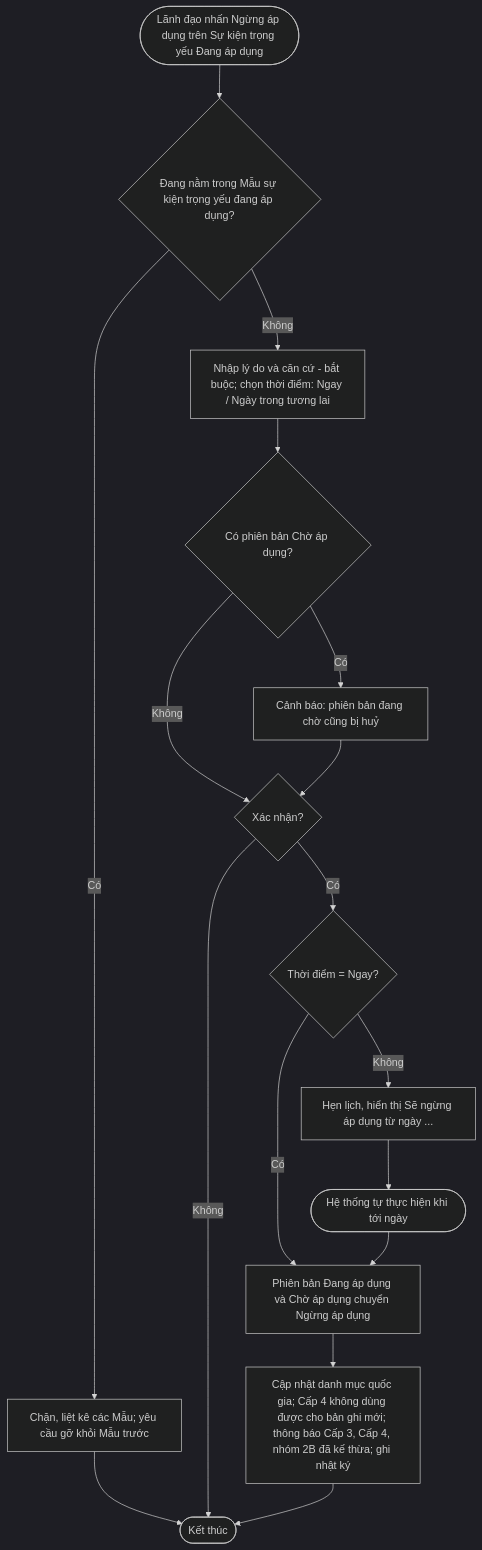
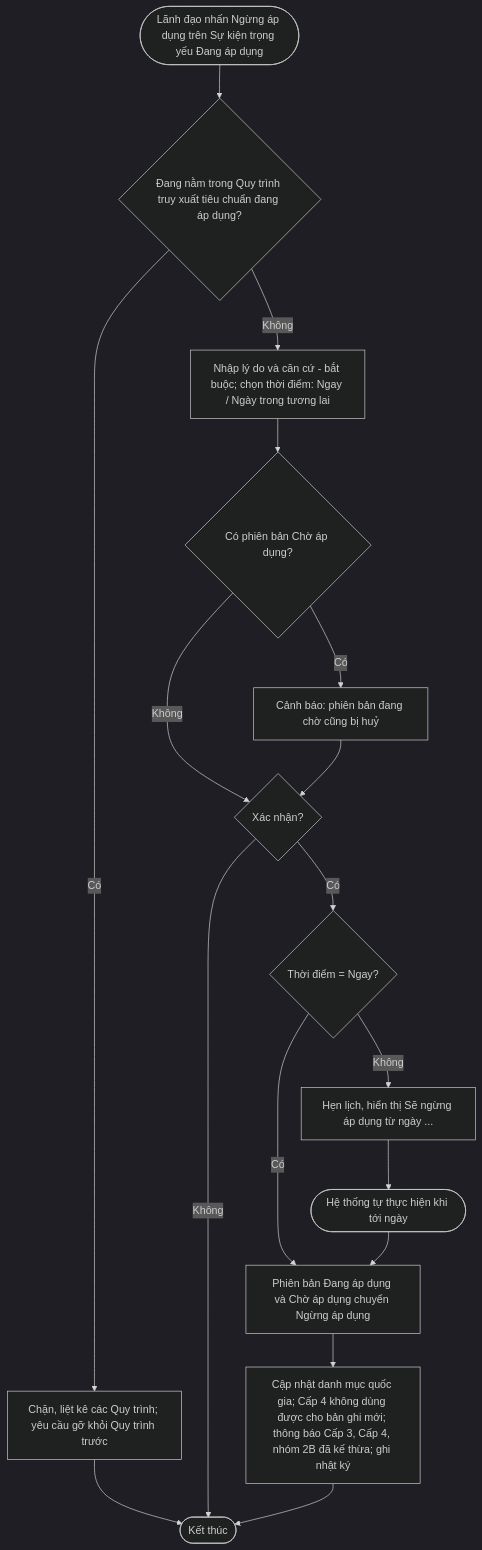
One commit to cuongnh-rd/ndatrace-attp changed diagram 16 of 17 in docs/prd/PRD-Xay-dung-Su-kien-trong-yeu.md. Above: the diagram before and after it, drawn with Mermaid (dark theme). The commit also changed other lines of this file and 17 other files, not shown here.

First line of the commit message:
docs: đổi tên Mẫu sự kiện trọng yếu thành Quy trình truy xuất tiêu chuẩn theo Nghị định

````diff
--- a/docs/prd/PRD-Xay-dung-Su-kien-trong-yeu.md
+++ b/docs/prd/PRD-Xay-dung-Su-kien-trong-yeu.md
@@ -1028,16 +1028,16 @@
 ```mermaid
 flowchart TD
-    A([Lãnh đạo nhấn Ngừng áp dụng trên Sự kiện trọng yếu Đang áp dụng]) --> B{Đang nằm trong Mẫu sự kiện trọng yếu đang áp dụng?}
-    B -- Có --> X1[Chặn, liệt kê các Mẫu; yêu cầu gỡ khỏi Mẫu trước] --> Z([Kết thúc])
+    A([Lãnh đạo nhấn Ngừng áp dụng trên Sự kiện trọng yếu Đang áp dụng]) --> B{Đang nằm trong Quy trình truy xuất tiêu chuẩn đang áp dụng?}
+    B -- Có --> X1[Chặn, liệt kê các Quy trình; yêu cầu gỡ khỏi Quy trình trước] --> Z([Kết thúc])
     B -- Không --> C[Nhập lý do và căn cứ - bắt buộc; chọn thời điểm: Ngay / Ngày trong tương lai]
     C --> D{Có phiên bản Chờ áp dụng?}
     D -- Có --> E[Cảnh báo: phiên bản đang chờ cũng bị huỷ]
     D -- Không --> F
     E --> F{Xác nhận?}
     F -- Không --> Z
     F -- Có --> G{Thời điểm = Ngay?}
     G -- Có --> H[Phiên bản Đang áp dụng và Chờ áp dụng chuyển Ngừng áp dụng]
     G -- Không --> I[Hẹn lịch, hiển thị Sẽ ngừng áp dụng từ ngày ...]
     I --> J([Hệ thống tự thực hiện khi tới ngày]) --> H
     H --> K[Cập nhật danh mục quốc gia; Cấp 4 không dùng được cho bản ghi mới; thông báo Cấp 3, Cấp 4, nhóm 2B đã kế thừa; ghi nhật ký] --> Z
 ```
````
